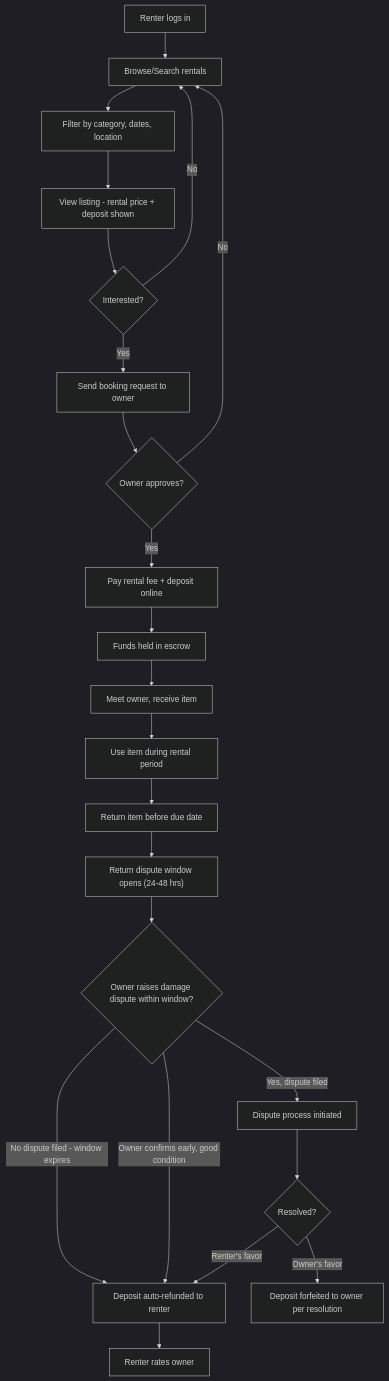
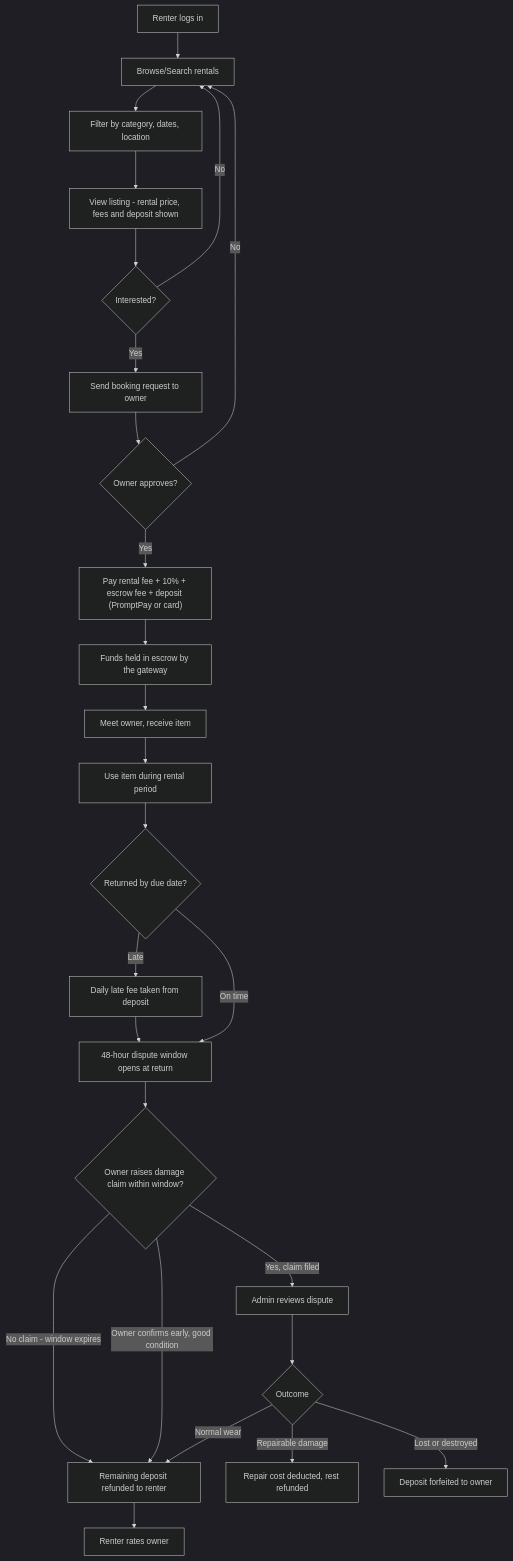
The fourth of 4 diagrams in Mapping&UF.md (pcismyname/ait_marketplace), drawn with Mermaid (dark theme) before and after one commit. The commit also changed other lines of this file and 1 other file, not shown here.

````diff
--- a/Mapping&UF.md
+++ b/Mapping&UF.md
@@ -261,25 +278,28 @@
 ```mermaid
 flowchart TD
     A[Renter logs in] --> B[Browse/Search rentals]
     B --> C[Filter by category, dates, location]
-    C --> D[View listing - rental price + deposit shown]
+    C --> D["View listing - rental price, fees and deposit shown"]
     D --> E{Interested?}
     E -- No --> B
     E -- Yes --> F[Send booking request to owner]
     F --> G{Owner approves?}
     G -- No --> B
-    G -- Yes --> H[Pay rental fee + deposit online]
-    H --> I[Funds held in escrow]
+    G -- Yes --> H["Pay rental fee + 10% + escrow fee + deposit (PromptPay or card)"]
+    H --> I[Funds held in escrow by the gateway]
     I --> J[Meet owner, receive item]
     J --> K[Use item during rental period]
-    K --> L[Return item before due date]
-    L --> M["Return dispute window opens (24-48 hrs)"]
-    M --> N{Owner raises damage dispute within window?}
-    N -- No dispute filed - window expires --> O["Deposit auto-refunded to renter"]
-    N -- Owner confirms early, good condition --> O
-    O --> P[Renter rates owner]
-    N -- Yes, dispute filed --> Q[Dispute process initiated]
-    Q --> R{Resolved?}
-    R -- Renter's favor --> O
-    R -- Owner's favor --> S[Deposit forfeited to owner per resolution]
+    K --> L{Returned by due date?}
+    L -- Late --> M[Daily late fee taken from deposit]
+    M --> N
+    L -- On time --> N["48-hour dispute window opens at return"]
+    N --> O{Owner raises damage claim within window?}
+    O -- No claim - window expires --> P["Remaining deposit refunded to renter"]
+    O -- Owner confirms early, good condition --> P
+    P --> Q[Renter rates owner]
+    O -- Yes, claim filed --> R[Admin reviews dispute]
+    R --> S{Outcome}
+    S -- Normal wear --> P
+    S -- Repairable damage --> T[Repair cost deducted, rest refunded]
+    S -- Lost or destroyed --> U[Deposit forfeited to owner]
 ```
````
